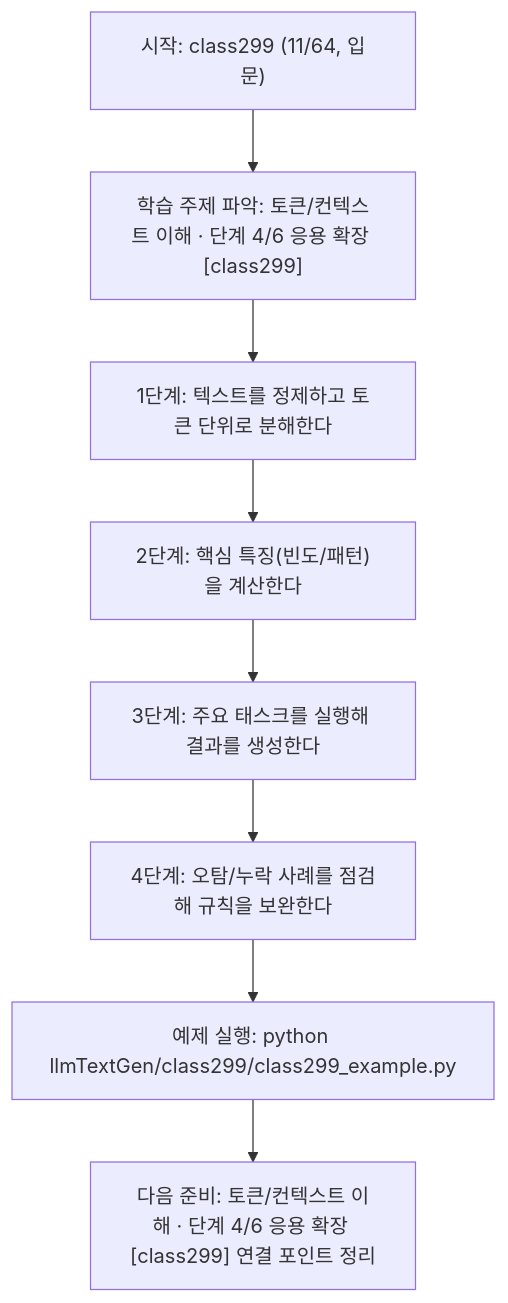
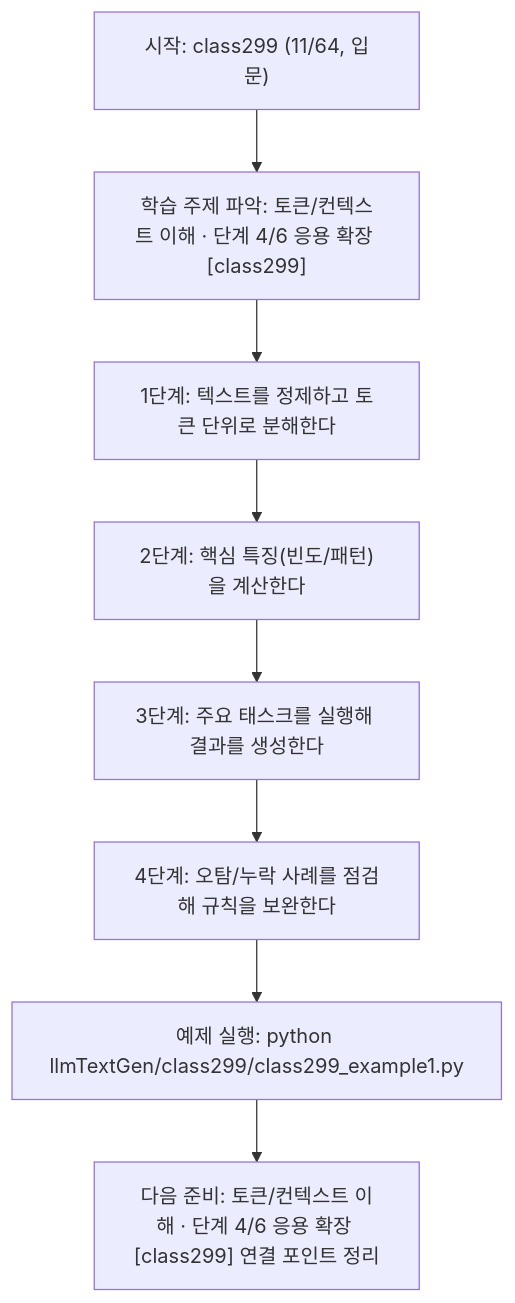
Before and after one commit to edumgt/Python-AI_Agent-Class: the diagram in llmTextGen/class299/class299.md, drawn with Mermaid. The commit also changed other lines of this file and 2959 other files, not shown here.

````diff
--- a/llmTextGen/class299/class299.md
+++ b/llmTextGen/class299/class299.md
@@ -114,18 +114,18 @@
 ```mermaid
 flowchart TD
 N1["시작: class299 (11/64, 입문)"]
 N2["학습 주제 파악: 토큰/컨텍스트 이해 · 단계 4/6 응용 확장 [class299]"]
 N3["1단계: 텍스트를 정제하고 토큰 단위로 분해한다"]
 N4["2단계: 핵심 특징(빈도/패턴)을 계산한다"]
 N5["3단계: 주요 태스크를 실행해 결과를 생성한다"]
 N6["4단계: 오탐/누락 사례를 점검해 규칙을 보완한다"]
-N7["예제 실행: python llmTextGen/class299/class299_example.py"]
+N7["예제 실행: python llmTextGen/class299/class299_example1.py"]
 N8["다음 준비: 토큰/컨텍스트 이해 · 단계 4/6 응용 확장 [class299] 연결 포인트 정리"]
 N1 --> N2
 N2 --> N3
 N3 --> N4
 N4 --> N5
 N5 --> N6
 N6 --> N7
 N7 --> N8
 ```
````
